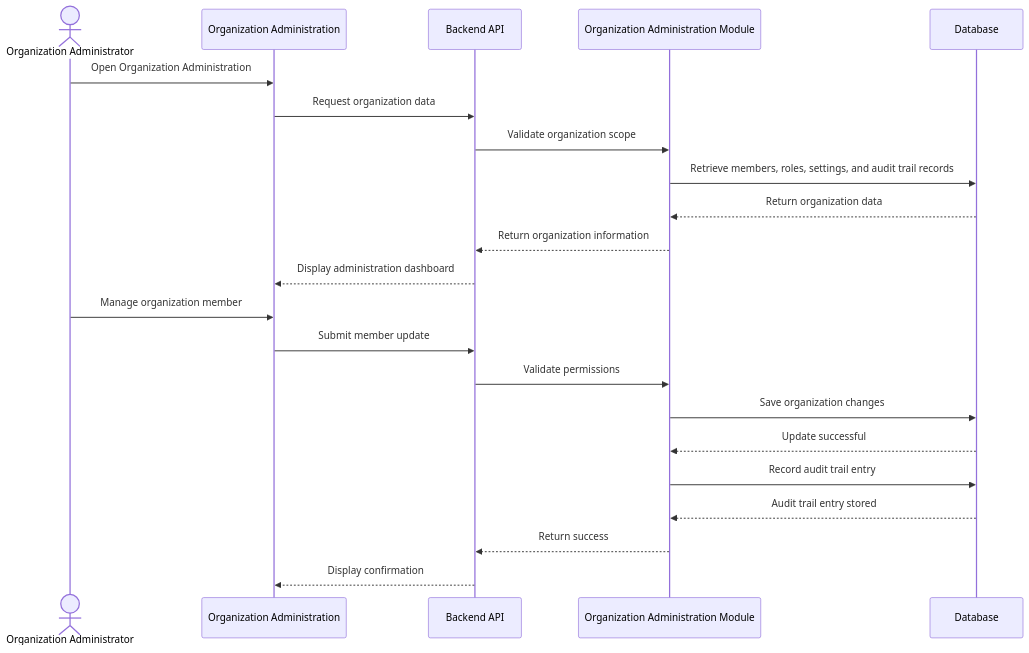
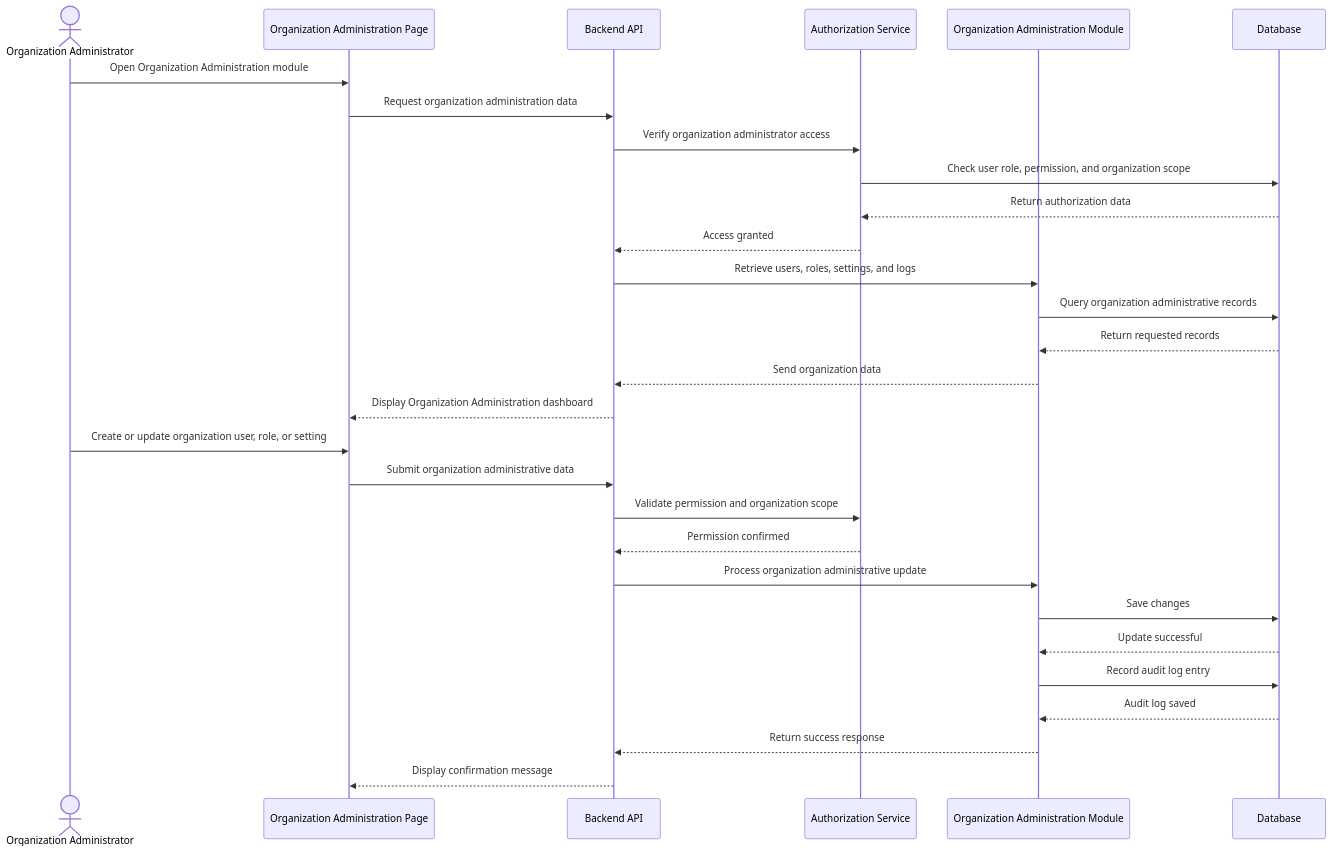
Before and after one commit to Wiii-1/New_LINAW: diagram 11 of 12 in docs/architecture/Low_Level_Design.md, drawn with Mermaid. The commit also changed other lines of this file and 227 other files, not shown here.

````diff
--- a/docs/architecture/Low_Level_Design.md
+++ b/docs/architecture/Low_Level_Design.md
@@ -2485,26 +2335,34 @@
 ```mermaid
 sequenceDiagram
-    actor Admin as Organization Administrator
-    participant UI as Organization Administration
+    actor OrgAdmin as Organization Administrator
+    participant UI as Organization Administration Page
     participant API as Backend API
+    participant AUTH as Authorization Service
     participant ORG as Organization Administration Module
     participant DB as Database
 
-    Admin->>UI: Open Organization Administration
-    UI->>API: Request organization data
-    API->>ORG: Validate organization scope
-    ORG->>DB: Retrieve members, roles, settings, and audit trail records
-    DB-->>ORG: Return organization data
-    ORG-->>API: Return organization information
-    API-->>UI: Display administration dashboard
+    OrgAdmin->>UI: Open Organization Administration module
+    UI->>API: Request organization administration data
+    API->>AUTH: Verify organization administrator access
+    AUTH->>DB: Check user role, permission, and organization scope
+    DB-->>AUTH: Return authorization data
+    AUTH-->>API: Access granted
 
-    Admin->>UI: Manage organization member
-    UI->>API: Submit member update
-    API->>ORG: Validate permissions
-    ORG->>DB: Save organization changes
+    API->>ORG: Retrieve users, roles, settings, and logs
+    ORG->>DB: Query organization administrative records
+    DB-->>ORG: Return requested records
+    ORG-->>API: Send organization data
+    API-->>UI: Display Organization Administration dashboard
+
+    OrgAdmin->>UI: Create or update organization user, role, or setting
+    UI->>API: Submit organization administrative data
+    API->>AUTH: Validate permission and organization scope
+    AUTH-->>API: Permission confirmed
+    API->>ORG: Process organization administrative update
+    ORG->>DB: Save changes
     DB-->>ORG: Update successful
-    ORG->>DB: Record audit trail entry
-    DB-->>ORG: Audit trail entry stored
-    ORG-->>API: Return success
-    API-->>UI: Display confirmation
+    ORG->>DB: Record audit log entry
+    DB-->>ORG: Audit log saved
+    ORG-->>API: Return success response
+    API-->>UI: Display confirmation message
 ```
````
